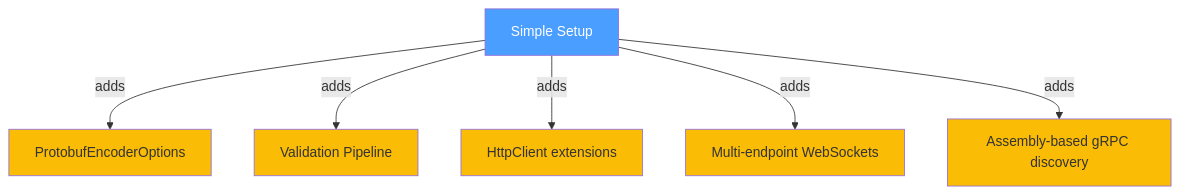
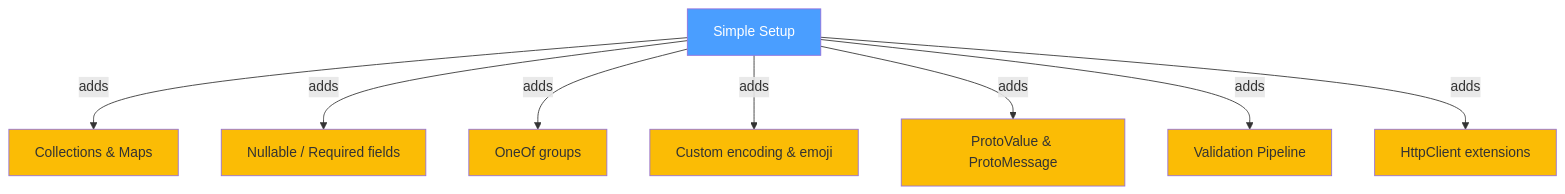
The diagram in Writerside/topics/normal_setup.md (IsMikeTaken/ProtobuffEncoder), drawn with Mermaid before and after one commit. The commit also changed other lines of this file and 32 other files, not shown here.

````diff
--- a/Writerside/topics/normal_setup.md
+++ b/Writerside/topics/normal_setup.md
@@ -7,15 +7,19 @@
 ```mermaid
 flowchart TD
-    A["Simple Setup"] -->|adds| B["ProtobufEncoderOptions"]
-    A -->|adds| C["Validation Pipeline"]
-    A -->|adds| D["HttpClient extensions"]
-    A -->|adds| E["Multi-endpoint WebSockets"]
-    A -->|adds| F["Assembly-based gRPC discovery"]
+    A["Simple Setup"] -->|adds| B["Collections & Maps"]
+    A -->|adds| C["Nullable / Required fields"]
+    A -->|adds| D["OneOf groups"]
+    A -->|adds| E["Custom encoding & emoji"]
+    A -->|adds| F["ProtoValue & ProtoMessage"]
+    A -->|adds| G["Validation Pipeline"]
+    A -->|adds| H["HttpClient extensions"]
 
     style A fill:#4a9eff,color:#fff
     style B fill:#fbbc05,color:#333
     style C fill:#fbbc05,color:#333
     style D fill:#fbbc05,color:#333
     style E fill:#fbbc05,color:#333
     style F fill:#fbbc05,color:#333
+    style G fill:#fbbc05,color:#333
+    style H fill:#fbbc05,color:#333
 ```
````
